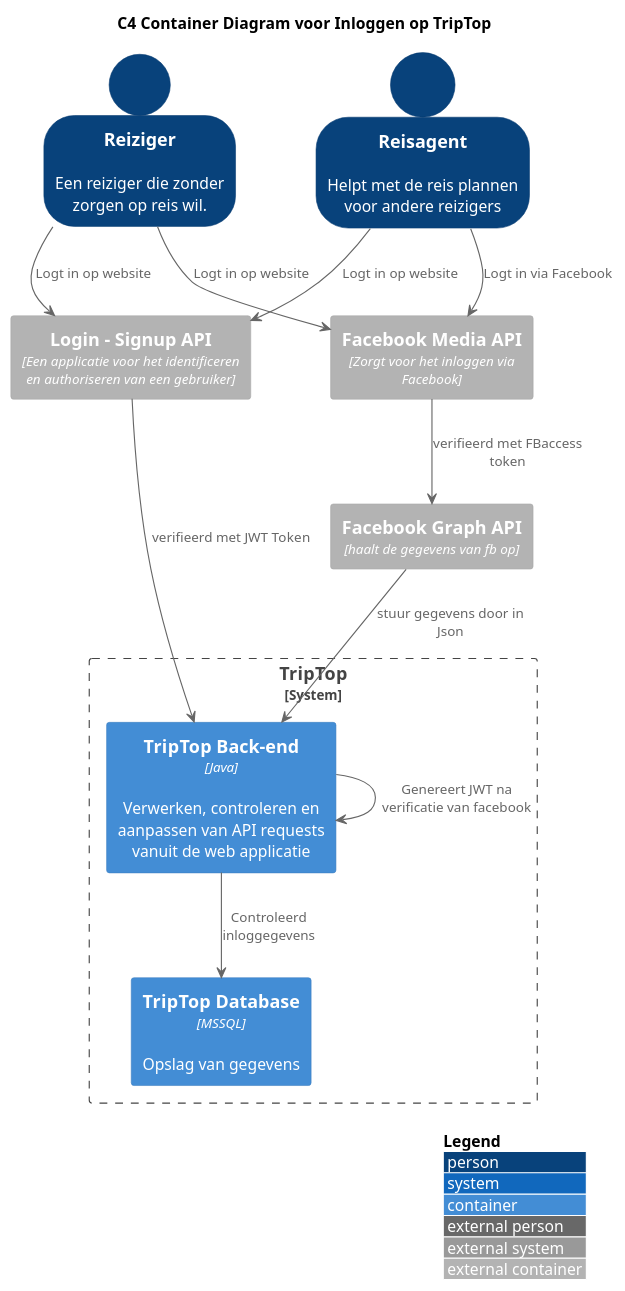
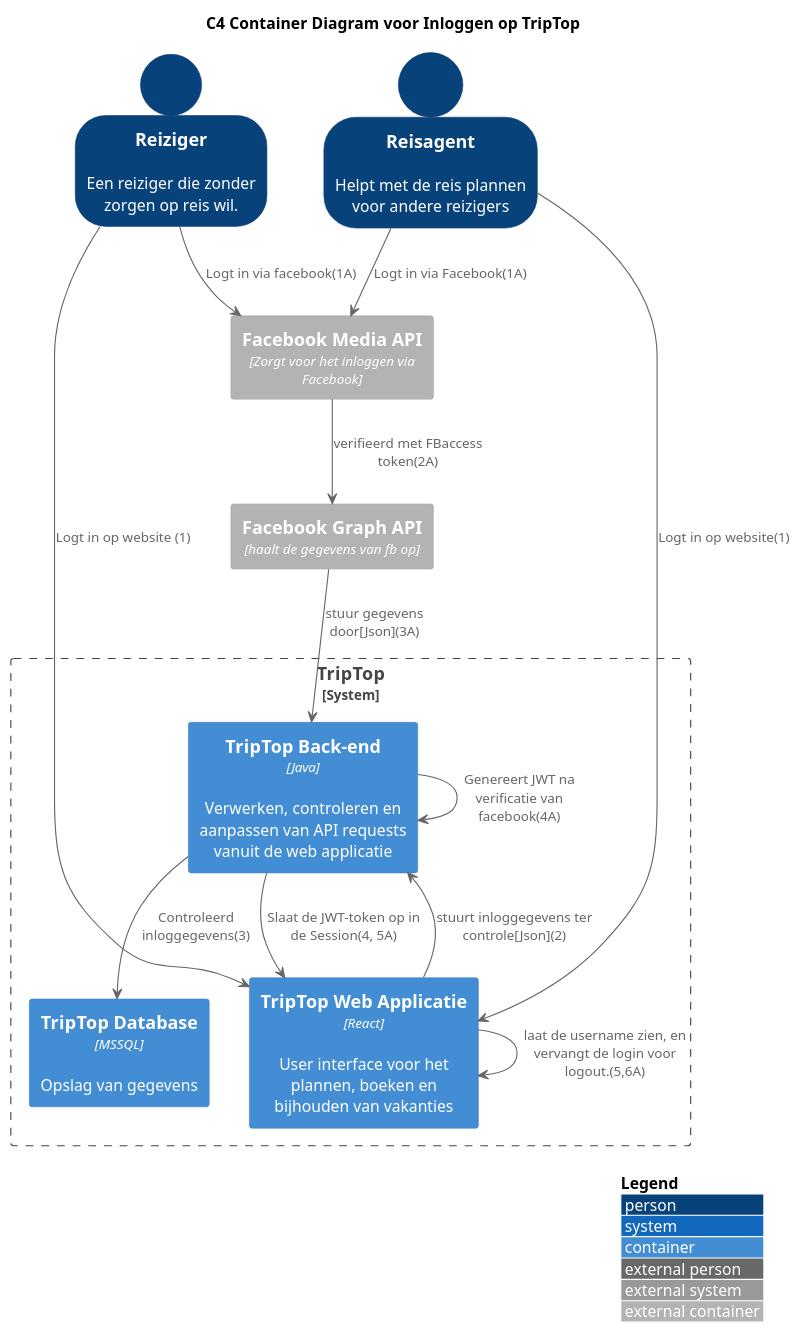
Before and after one commit to AIM-ENE-feb25/triptop-jrn: the diagram in opdracht-diagrammen/ContainerDiagramInloggen.puml, drawn with PlantUML. The commit also changed 2 other files, not shown here.

```diff
--- a/opdracht-diagrammen/ContainerDiagramInloggen.puml
+++ b/opdracht-diagrammen/ContainerDiagramInloggen.puml
@@ -1,37 +1,44 @@
 @startuml
 
 !include https://raw.githubusercontent.com/plantuml-stdlib/C4-PlantUML/master/C4_Context.puml
 !include <C4/C4_Container>
 
 title C4 Container Diagram voor Inloggen op TripTop
 
 LAYOUT_WITH_LEGEND()
 
 SHOW_PERSON_OUTLINE()
 
 Person(Reiziger, "Reiziger", "Een reiziger die zonder zorgen op reis wil.")
 Person(Reisagent, "Reisagent", "Helpt met de reis plannen voor andere reizigers")
 
 Container_Ext(fbLogin, "Facebook Media API", "Zorgt voor het inloggen via Facebook")
-Container_Ext(id, "Login - Signup API", "Een applicatie voor het identificeren en authoriseren van een gebruiker")
 Container_Ext(fbVerify, "Facebook Graph API", "haalt de gegevens van fb op")
+
 
 
 System_Boundary(triptop_core, "TripTop") {
     Container(backend, "TripTop Back-end", "Java", "Verwerken, controleren en aanpassen van API requests vanuit de web applicatie")
     Container(db, "TripTop Database", "MSSQL", "Opslag van gegevens")
+    Container(triptop, "TripTop Web Applicatie", "React", "User interface voor het plannen, boeken en bijhouden van vakanties")
+
 }
 
-Reiziger --> id : "Logt in op website"
-Reisagent --> id : "Logt in op website"
-Reiziger --> fbLogin : "Logt in op website"
-Reisagent --> fbLogin : "Logt in via Facebook"
+Reiziger --> triptop : "Logt in op website (1)"
+triptop --> backend : "stuurt inloggegevens ter controle[Json](2)"
+backend --> db : "Controleerd inloggegevens(3)"
+backend --> triptop : "Slaat de JWT-token op in de Session(4, 5A)"
+triptop --> triptop : "laat de username zien, en vervangt de login voor logout.(5,6A)"
 
-id --> backend : "verifieerd met JWT Token"
-backend --> db : "Controleerd inloggegevens"
-backend --> backend : "Genereert JWT na verificatie van facebook"
-fbLogin --> fbVerify : "verifieerd met FBaccess token"
-fbVerify --> backend : "stuur gegevens door in Json"
+Reisagent --> triptop : "Logt in op website(1)"
+
+
+Reiziger --> fbLogin : "Logt in via facebook(1A)"
+Reisagent --> fbLogin : "Logt in via Facebook(1A)"
+fbLogin --> fbVerify : "verifieerd met FBaccess token(2A)"
+fbVerify --> backend : "stuur gegevens door[Json](3A)"
+
+backend --> backend : "Genereert JWT na verificatie van facebook(4A)"
 
 
 @enduml
```
